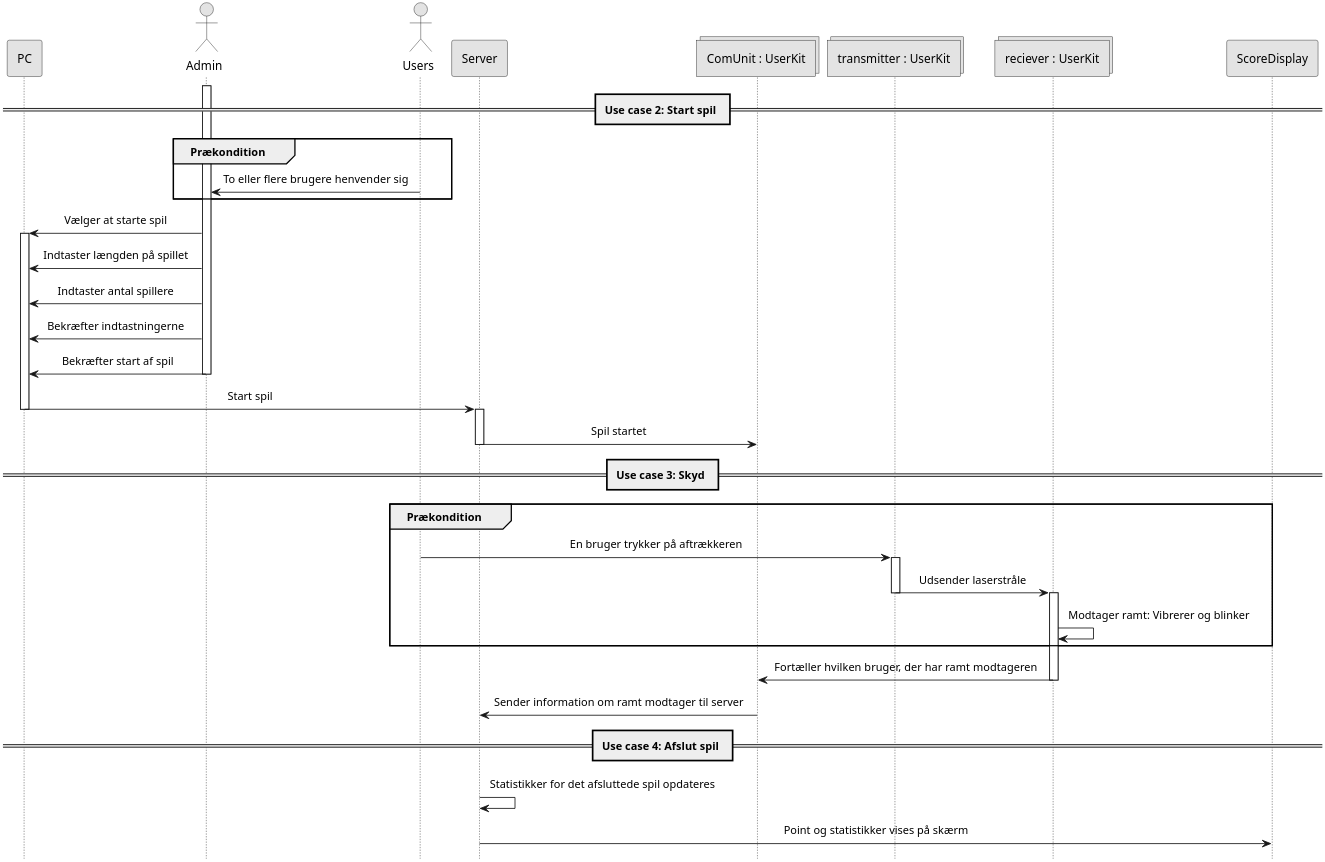
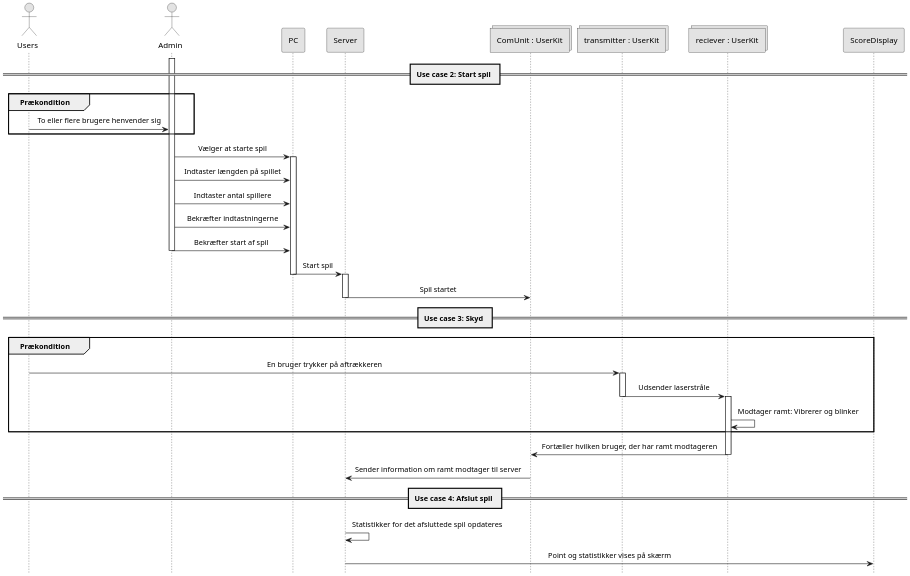
Before and after one commit to LasseKrarup/Laser-Tag-Project: the diagram in PlantUML/ssd-uc2-4.plantuml, drawn with PlantUML. The commit also changed 3 other files, not shown here.

```diff
--- a/PlantUML/ssd-uc2-4.plantuml
+++ b/PlantUML/ssd-uc2-4.plantuml
@@ -1,66 +1,65 @@
 @startuml ssd-uc2-4
 
 hide footbox
 
 skinparam {
     monochrome true
-    dpi 300
+    dpi 200
     padding 5
     sequenceMessageAlign center
     packageStyle frame
     shadowing false
     'backgroundColor transparent
 }
 
+actor Users as users
+actor Admin as admin
 participant "PC" as pc
-actor Admin as admin
-
-actor Users as users
 participant "Server" as server
 collections "ComUnit : UserKit" as comUnit
 collections "transmitter : UserKit" as transmitter
 collections "reciever : UserKit" as reciever
 participant "ScoreDisplay" as display
 
 == Use case 2: Start spil ==
 
 group Prækondition
     users -> admin: To eller flere brugere henvender sig
 end
 
 activate admin
 admin -> pc: Vælger at starte spil
 activate pc
 admin -> pc: Indtaster længden på spillet
 admin -> pc: Indtaster antal spillere
 admin -> pc: Bekræfter indtastningerne
 admin -> pc: Bekræfter start af spil
 deactivate admin
 pc -> server: Start spil
 deactivate pc
 activate server
 server -> comUnit: Spil startet
 deactivate server
 
 == Use case 3: Skyd ==
 
 group Prækondition
     users -> transmitter: En bruger trykker på aftrækkeren
     activate transmitter
     transmitter -> reciever: Udsender laserstråle
     deactivate transmitter
     activate reciever
     reciever -> reciever: Modtager ramt: Vibrerer og blinker
 end
 
 reciever -> comUnit: Fortæller hvilken bruger, der har ramt modtageren
 deactivate reciever
 
 comUnit -> server: Sender information om ramt modtager til server
 
 == Use case 4: Afslut spil ==
 
 server -> server: Statistikker for det afsluttede spil opdateres
 server -> display: Point og statistikker vises på skærm
 
 @enduml
```
